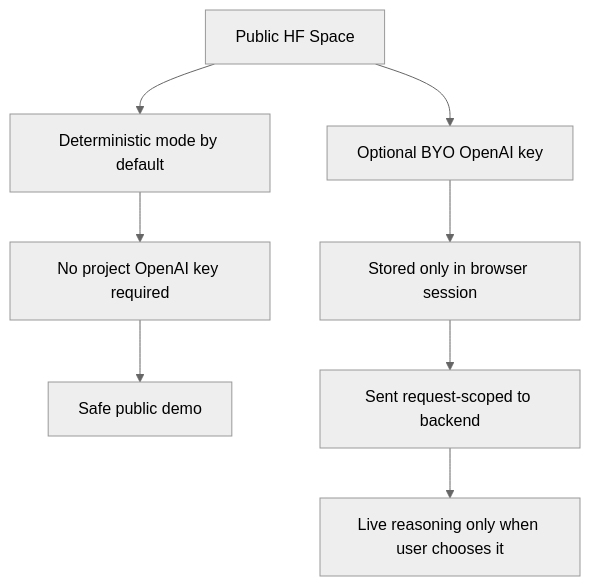
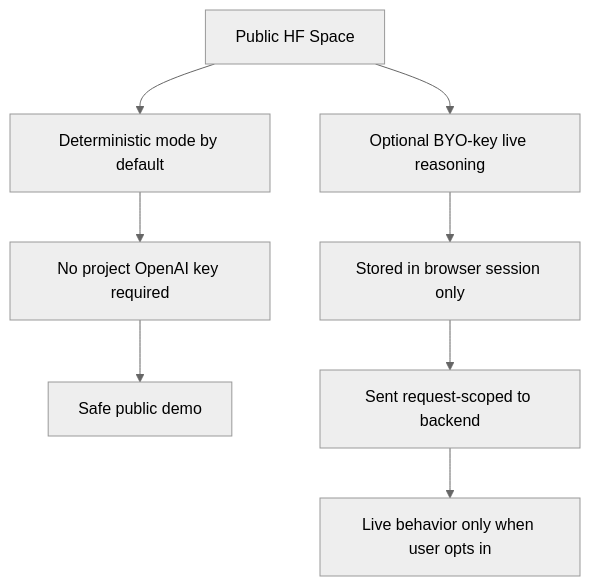
The fifth of 5 diagrams in docs/VISUAL_ARCHITECTURE_AND_FLOWS.md (kunalkachru/nexus-v2), drawn with Mermaid (neutral theme) before and after one commit. The commit also changed other lines of this file and 6 other files, not shown here.

````diff
--- a/docs/VISUAL_ARCHITECTURE_AND_FLOWS.md
+++ b/docs/VISUAL_ARCHITECTURE_AND_FLOWS.md
@@ -140,11 +226,10 @@
 ```mermaid
 flowchart TD
     A["Public HF Space"] --> B["Deterministic mode by default"]
     B --> C["No project OpenAI key required"]
     C --> D["Safe public demo"]
-
-    A --> E["Optional BYO OpenAI key"]
-    E --> F["Stored only in browser session"]
+    A --> E["Optional BYO-key live reasoning"]
+    E --> F["Stored in browser session only"]
     F --> G["Sent request-scoped to backend"]
-    G --> H["Live reasoning only when user chooses it"]
+    G --> H["Live behavior only when user opts in"]
 ```
````
